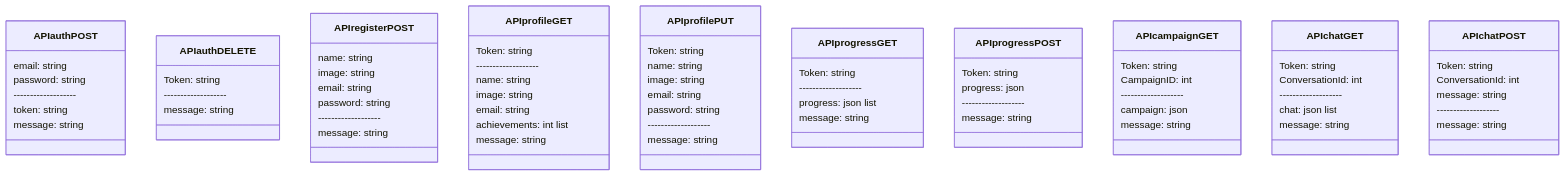
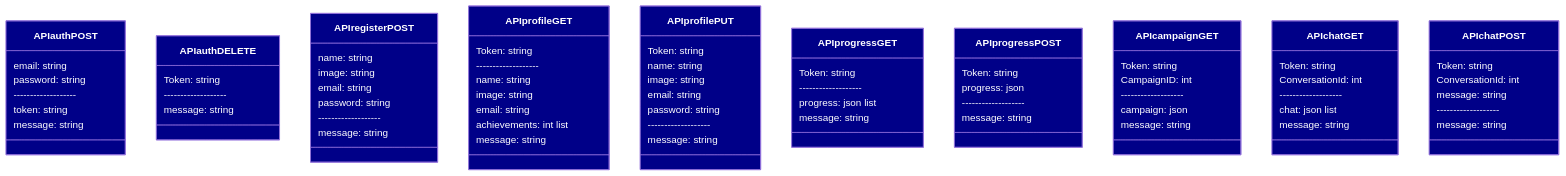
The diagram in Documentation/API Functions.md (BYU-ECE-Software/BAIT), drawn with Mermaid before and after one commit.

Commit message:
Added styles to API functions

````diff
--- a/Documentation/API Functions.md
+++ b/Documentation/API Functions.md
@@ -82,6 +82,15 @@
         message: string
     }
 
-    
+    style APIauthPOST fill:#008,color:#FFF
+    style APIauthDELETE fill:#008,color:#FFF
+    style APIregisterPOST fill:#008,color:#FFF
+    style APIprofileGET fill:#008,color:#FFF
+    style APIprofilePUT fill:#008,color:#FFF
+    style APIprogressGET fill:#008,color:#FFF
+    style APIprogressPOST fill:#008,color:#FFF
+    style APIcampaignGET fill:#008,color:#FFF
+    style APIchatGET fill:#008,color:#FFF
+    style APIchatPOST fill:#008,color:#FFF
 
 ```
````
